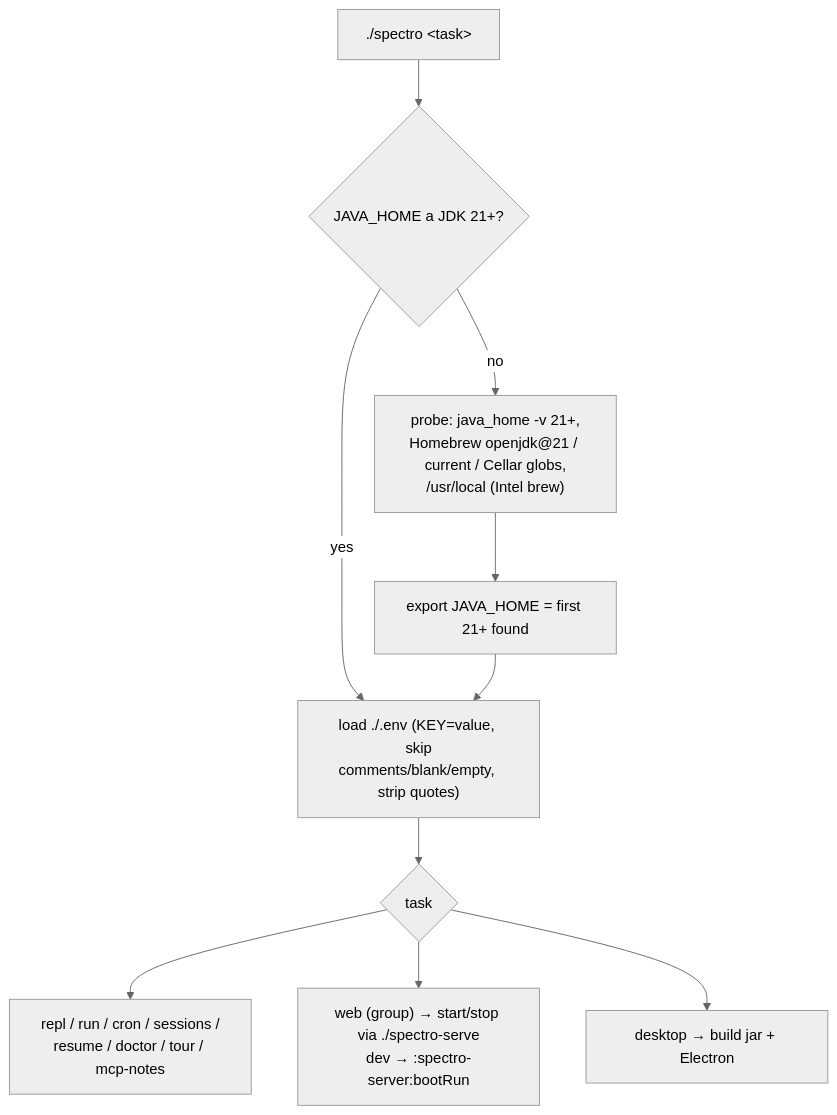
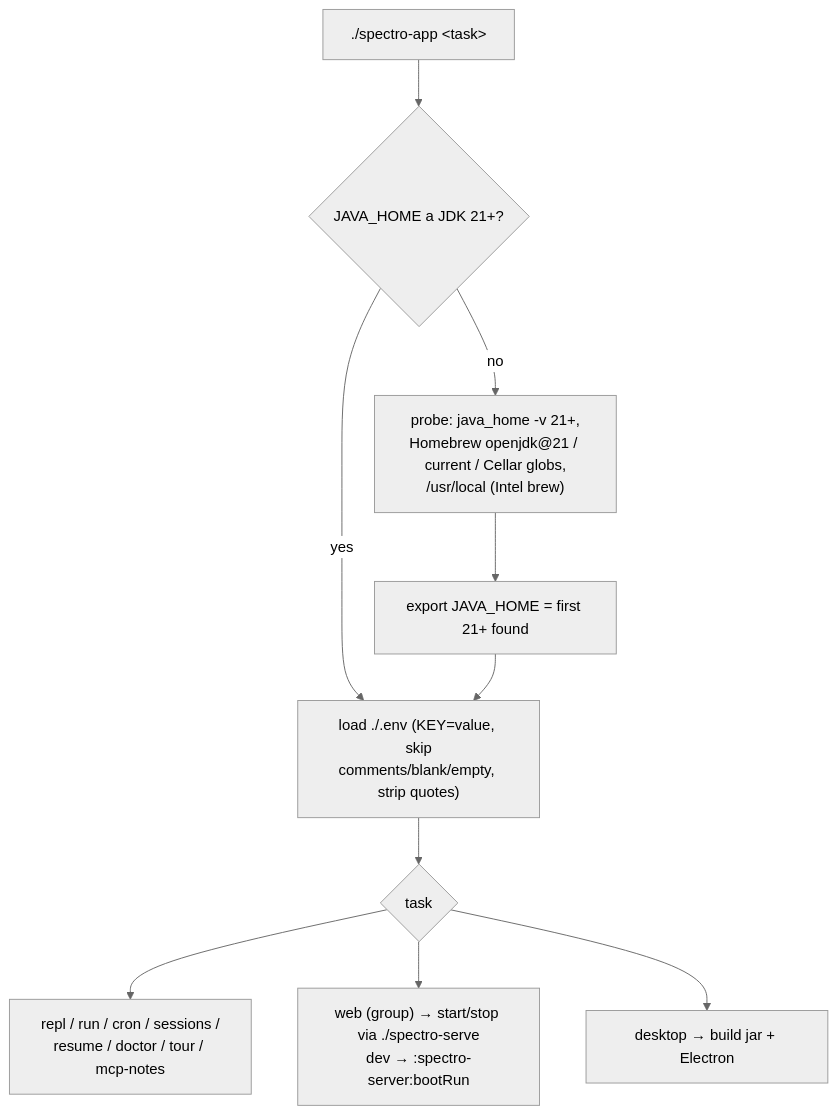
One commit to spectroscope/spectroscope changed the fourth of 5 diagrams in docs/ARCHITECTURE.md. Above: the diagram before and after it, drawn with Mermaid (neutral theme). The commit also changed other lines of this file and 46 other files, not shown here.

````diff
--- a/docs/ARCHITECTURE.md
+++ b/docs/ARCHITECTURE.md
@@ -180,12 +180,12 @@
 ```mermaid
 flowchart TB
-    start["./spectro &lt;task&gt;"] --> jdk{"JAVA_HOME a JDK 21+?"}
+    start["./spectro-app &lt;task&gt;"] --> jdk{"JAVA_HOME a JDK 21+?"}
     jdk -->|no| probe["probe: java_home -v 21+,<br/>Homebrew openjdk@21 / current / Cellar globs,<br/>/usr/local (Intel brew)"]
     probe --> setjh["export JAVA_HOME = first 21+ found"]
     jdk -->|yes| dotenv
     setjh --> dotenv["load ./.env (KEY=value, skip<br/>comments/blank/empty, strip quotes)"]
     dotenv --> disp{"task"}
     disp --> repl["repl / run / cron / sessions /<br/>resume / doctor / tour / mcp-notes"]
     disp --> web["web (group) → start/stop via ./spectro-serve<br/>dev → :spectro-server:bootRun"]
     disp --> desk["desktop → build jar + Electron"]
 ```
````
